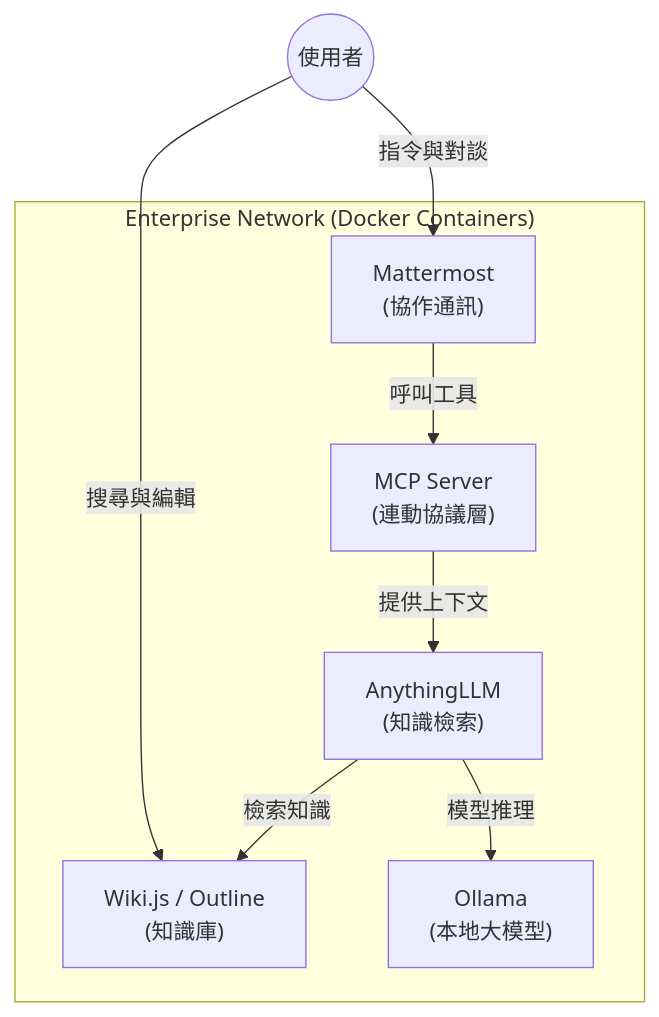
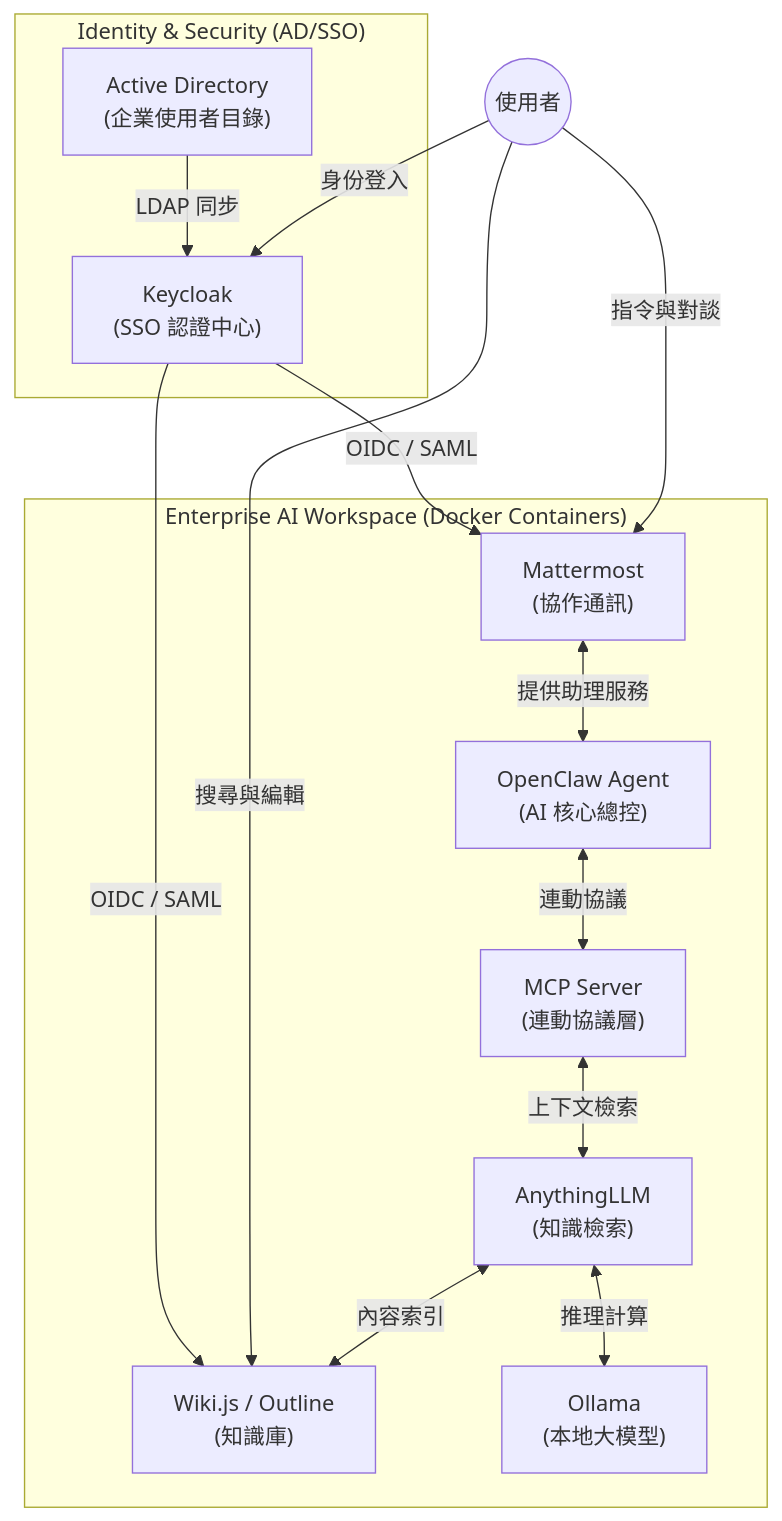
Before and after one commit to tedtv1007-ctrl/enterprise-ai-knowledge-integration: the diagram in README.md, drawn with Mermaid. The commit also changed other lines of this file, not shown here.

Commit message:
Update README architecture: Integrate Keycloak, AD, and OpenClaw

````diff
--- a/README.md
+++ b/README.md
@@ -7,17 +7,30 @@
 ```mermaid
 graph TD
-    subgraph "Enterprise Network (Docker Containers)"
+    subgraph "Identity & Security (AD/SSO)"
+        AD["Active Directory<br/>(企業使用者目錄)"]
+        KC["Keycloak<br/>(SSO 認證中心)"]
+    end
+
+    subgraph "Enterprise AI Workspace (Docker Containers)"
         Wiki["Wiki.js / Outline<br/>(知識庫)"]
         Chat["Mattermost<br/>(協作通訊)"]
+        OC["OpenClaw Agent<br/>(AI 核心總控)"]
+        RAG["AnythingLLM<br/>(知識檢索)"]
         Ollama["Ollama<br/>(本地大模型)"]
-        RAG["AnythingLLM<br/>(知識檢索)"]
         MCP["MCP Server<br/>(連動協議層)"]
     end
 
-    User((使用者)) -->|搜尋與編輯| Wiki
+    AD -->|LDAP 同步| KC
+    KC -->|OIDC / SAML| Wiki
+    KC -->|OIDC / SAML| Chat
+    
+    User((使用者)) -->|身份登入| KC
+    User -->|搜尋與編輯| Wiki
     User -->|指令與對談| Chat
-    Chat -->|呼叫工具| MCP
-    MCP -->|提供上下文| RAG
-    RAG -->|檢索知識| Wiki
-    RAG -->|模型推理| Ollama
+    
+    Chat <-->|提供助理服務| OC
+    OC <-->|連動協議| MCP
+    MCP <-->|上下文檢索| RAG
+    RAG <-->|內容索引| Wiki
+    RAG <-->|推理計算| Ollama
 ```
````
